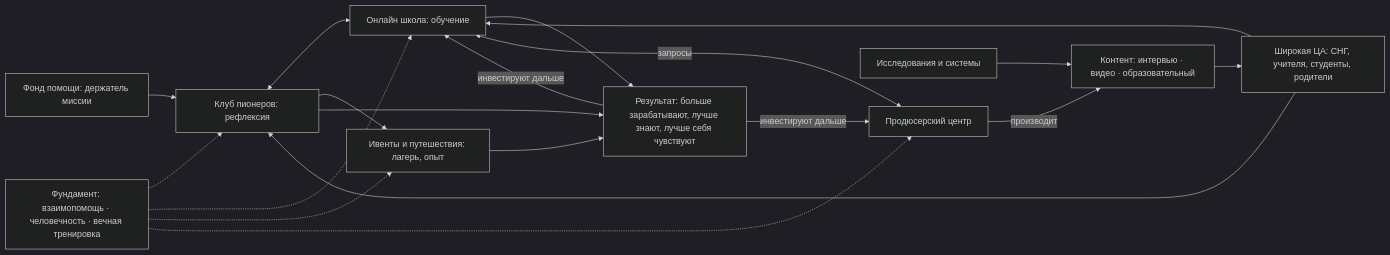
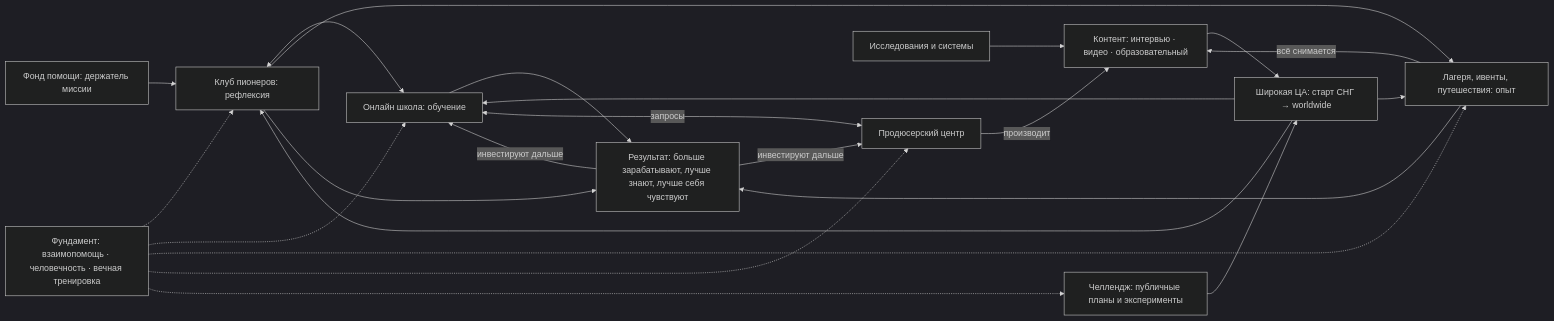
One commit to Bogersebekov/jetix-production-company changed the diagram in projects/jetix-group/docs/01-jetix-group.md. Above: the diagram before and after it, drawn with Mermaid (dark theme). The commit also changed other lines of this file and 7 other files, not shown here.

First line of the commit message:
[jetix-group] заход 2: лагерь, челлендж, worldwide; путь к бизнес-плану и манифесту

````diff
--- a/projects/jetix-group/docs/01-jetix-group.md
+++ b/projects/jetix-group/docs/01-jetix-group.md
@@ -169,24 +199,28 @@
 ```mermaid
 flowchart LR
     F["Фундамент: взаимопомощь · человечность · вечная тренировка"]
     C["Контент: интервью · видео · образовательный"]
-    A["Широкая ЦА: СНГ, учителя, студенты, родители"]
+    CH["Челлендж: публичные планы и эксперименты"]
+    A["Широкая ЦА: старт СНГ → worldwide"]
     K["Клуб пионеров: рефлексия"]
     S["Онлайн школа: обучение"]
-    E["Ивенты и путешествия: лагерь, опыт"]
+    E["Лагеря, ивенты, путешествия: опыт"]
     R["Результат: больше зарабатывают, лучше знают, лучше себя чувствуют"]
     P["Продюсерский центр"]
     X["Исследования и системы"]
     D["Фонд помощи: держатель миссии"]
 
-    C --> A --> K & S
+    C --> A
+    CH --> A
+    A --> K & S & E
     K <--> S
     K --> E
     S & E & K --> R
     R -->|"инвестируют дальше"| P & S
     P -->|"производит"| C
     P <-->|"запросы"| S
+    E -->|"всё снимается"| C
     X --> C
     D --> K
-    F -.-> K & S & E & P
+    F -.-> K & S & E & P & CH
 ```
````
